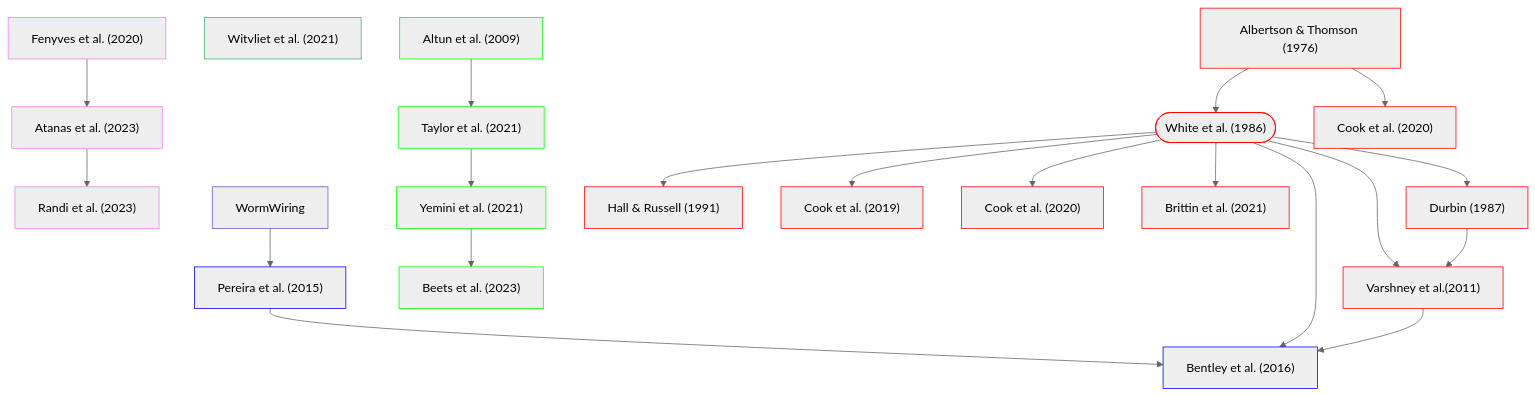
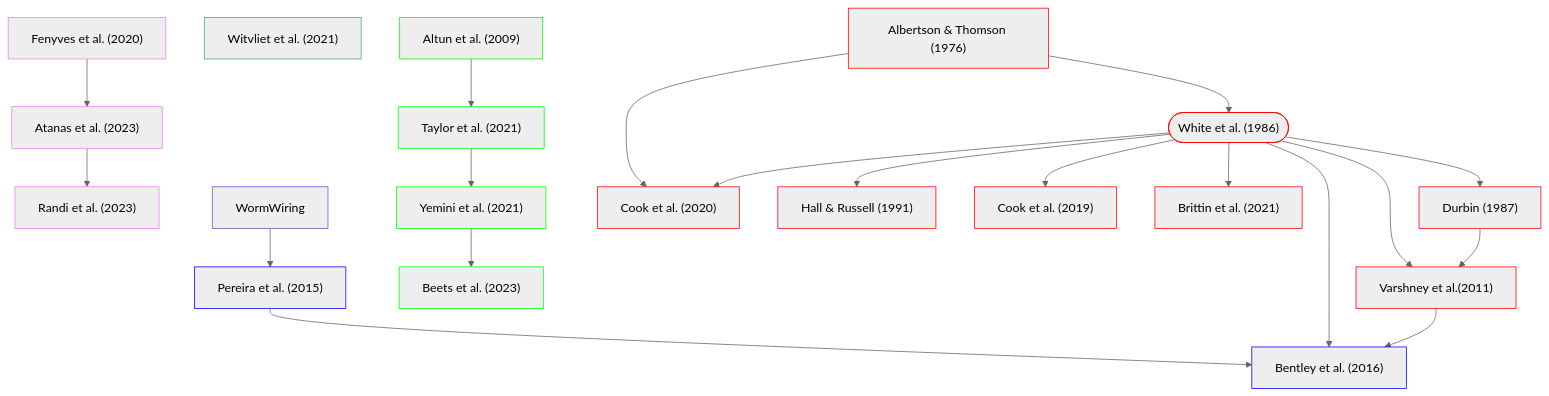
Before and after one commit to yasinthanvickneswaran/mermaidtest: the diagram in README.md, drawn with Mermaid (neutral theme).

````diff
--- a/README.md
+++ b/README.md
@@ -1,32 +1,32 @@
 ```mermaid
 flowchart TD
     classDef anat stroke:#f00
     classDef gene stroke:#0f0
     classDef es stroke:#00f
     classDef func stroke:#ee82ee
     classDef dev stroke:#3cb371
     classDef db stroke:#6a5acd
 
     H["Fenyves et al. (2020)"]:::func --> O["Atanas et al. (2023)"]:::func
     O --> P["Randi et al. (2023)"]:::func    
     K["Witvliet et al. (2021)"]:::dev
     E["Pereira et al. (2015)"]:::es --> F["Bentley et al. (2016)"]:::es
 
     C["Altun et al. (2009)"]:::gene --> L["Taylor et al. (2021)"]:::gene
     L --> M["Yemini et al. (2021)"]:::gene
     M --> N["Beets et al. (2023)"]:::gene
 
     A(["White et al. (1986)"]):::anat --> B["Durbin (1987)"]:::anat
     A1["Albertson & Thomson (1976)"]:::anat --> A
-    A1 --> P1["Cook et al. (2020)"]:::anat
+    A1 --> I
     A  --> A2["Hall & Russell (1991)"]:::anat
     A --> D["Varshney et al.(2011)"]:::anat
     B --> D
     A --> G["Cook et al. (2019)"]:::anat
     A --> I["Cook et al. (2020)"]:::anat
     A --> J["Brittin et al. (2021)"]:::anat
     A --> F
     D --> F
     DB1["WormWiring"]:::db --> E
 
 ```
````
